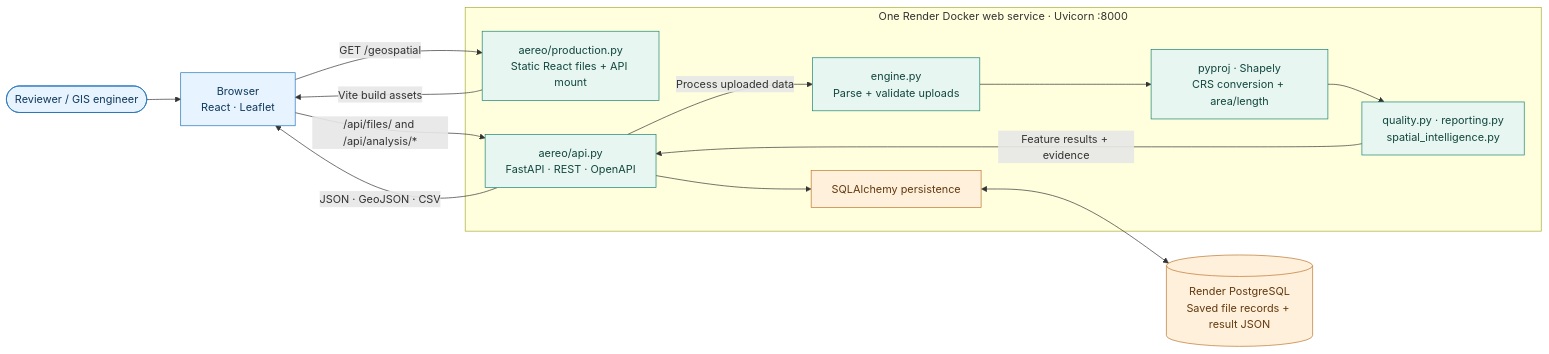
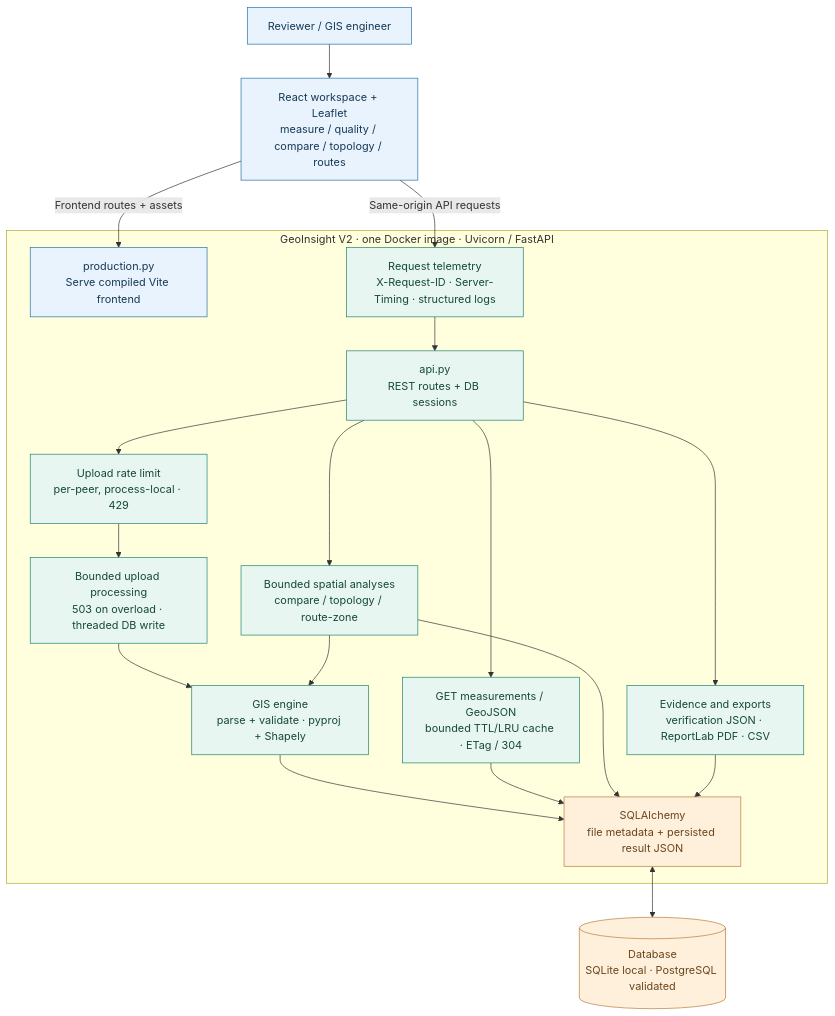
Before and after one commit to dhanushgowdars/Spatial-Asset-Management-Platform: the first of 4 diagrams in README.md, drawn with Mermaid. The commit also changed other lines of this file and 59 other files, not shown here.

Commit message:
feat(geoinsight): release V2 reliability, evidence and reporting

````diff
--- a/README.md
+++ b/README.md
@@ -149,31 +212,38 @@
 ```mermaid
-flowchart LR
-    R([Reviewer / GIS engineer])
-    B["Browser<br/>React · Leaflet"]
-    subgraph SVC["One Render Docker web service · Uvicorn :8000"]
-        HOST["aereo/production.py<br/>Static React files + API mount"]
-        API["aereo/api.py<br/>FastAPI · REST · OpenAPI"]
-        ENGINE["engine.py<br/>Parse + validate uploads"]
-        PROJ["pyproj · Shapely<br/>CRS conversion + area/length"]
-        EXTRA["quality.py · reporting.py<br/>spatial_intelligence.py"]
-        ORM["SQLAlchemy persistence"]
+flowchart TB
+    USER["Reviewer / GIS engineer"] --> UI["React workspace + Leaflet<br/>measure / quality / compare / topology / routes"]
+    subgraph APP["GeoInsight V2 · one Docker image · Uvicorn / FastAPI"]
+        STATIC["production.py<br/>Serve compiled Vite frontend"]
+        TRACE["Request telemetry<br/>X-Request-ID · Server-Timing · structured logs"]
+        API["api.py<br/>REST routes + DB sessions"]
+        RATE["Upload rate limit<br/>per-peer, process-local · 429"]
+        UP["Bounded upload processing<br/>503 on overload · threaded DB write"]
+        GIS["GIS engine<br/>parse + validate · pyproj + Shapely"]
+        READ["GET measurements / GeoJSON<br/>bounded TTL/LRU cache · ETag / 304"]
+        ANALYSIS["Bounded spatial analyses<br/>compare / topology / route-zone"]
+        EVIDENCE["Evidence and exports<br/>verification JSON · ReportLab PDF · CSV"]
+        ORM["SQLAlchemy<br/>file metadata + persisted result JSON"]
     end
-    DB[("Render PostgreSQL<br/>Saved file records + result JSON")]
-    R --> B
-    B -->|"GET /geospatial"| HOST
-    HOST -->|"Vite build assets"| B
-    B -->|"/api/files/ and /api/analysis/*"| API
-    API -->|"Process uploaded data"| ENGINE
-    ENGINE --> PROJ
-    PROJ --> EXTRA
-    EXTRA -->|"Feature results + evidence"| API
-    API --> ORM
+    DB[("Database<br/>SQLite local · PostgreSQL validated")]
+    UI -->|"Frontend routes + assets"| STATIC
+    UI -->|"Same-origin API requests"| TRACE
+    TRACE --> API
+    API --> RATE
+    RATE --> UP
+    UP --> GIS
+    GIS --> ORM
+    API --> READ
+    READ --> ORM
+    API --> ANALYSIS
+    ANALYSIS --> GIS
+    ANALYSIS --> ORM
+    API --> EVIDENCE
+    EVIDENCE --> ORM
     ORM <--> DB
-    API -->|"JSON · GeoJSON · CSV"| B
-    classDef io fill:#E7F3FF,stroke:#2374B9,color:#10395B
-    classDef calc fill:#E8F6F2,stroke:#17836F,color:#12473D
-    classDef db fill:#FFF0DC,stroke:#BC742B,color:#63390E
-    class R,B io
-    class HOST,API,ENGINE,PROJ,EXTRA calc
+    classDef ui fill:#e8f3fd,stroke:#2670a6,color:#173a56
+    classDef work fill:#e8f6f1,stroke:#1c826c,color:#16493c
+    classDef db fill:#fff0dc,stroke:#b67b38,color:#6a451c
+    class USER,UI,STATIC ui
+    class TRACE,API,RATE,UP,GIS,READ,ANALYSIS,EVIDENCE work
     class ORM,DB db
 ```
````
